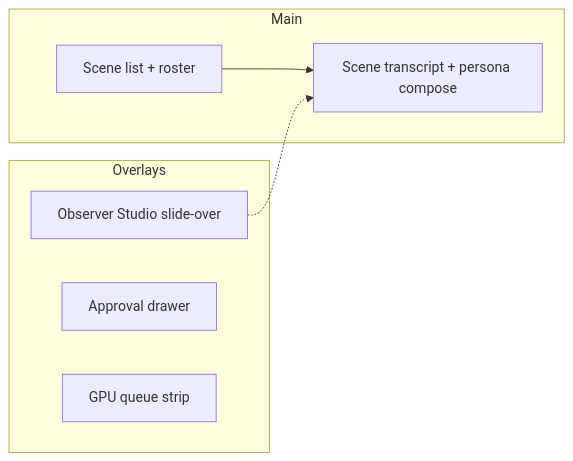
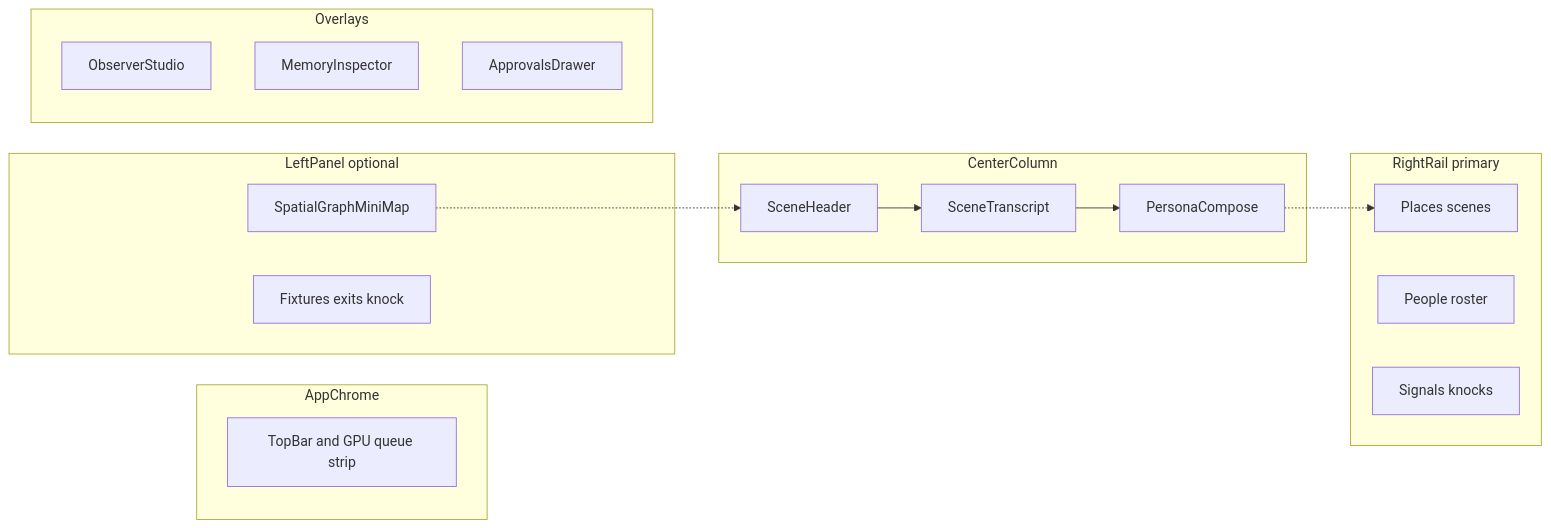
Before and after one commit to claywar/Altrasia: the first of 2 diagrams in docs/14-web-ui.md, drawn with Mermaid. The commit also changed other lines of this file and 8 other files, not shown here.

````diff
--- a/docs/14-web-ui.md
+++ b/docs/14-web-ui.md
@@ -15,14 +23,29 @@
 ```mermaid
 flowchart LR
-  subgraph main [Main]
-    Transcript[Scene transcript + persona compose]
-    Sidebar[Scene list + roster]
+  subgraph chrome [AppChrome]
+    TopBar["TopBar and GPU queue strip"]
+  end
+  subgraph leftOpt [LeftPanel optional]
+    MiniMap[SpatialGraphMiniMap]
+    SceneDetail["Fixtures exits knock"]
+  end
+  subgraph center [CenterColumn]
+    SceneHeader[SceneHeader]
+    Transcript[SceneTranscript]
+    Compose[PersonaCompose]
+  end
+  subgraph rightPrimary [RightRail primary]
+    Places["Places scenes"]
+    People["People roster"]
+    Signals["Signals knocks"]
   end
   subgraph overlays [Overlays]
-    Studio[Observer Studio slide-over]
-    Approvals[Approval drawer]
-    Queue[GPU queue strip]
+    Observer[ObserverStudio]
+    Memory[MemoryInspector]
+    Approvals[ApprovalsDrawer]
   end
-  Sidebar --> Transcript
-  Studio -.-> Transcript
+  MiniMap -.-> SceneHeader
+  SceneHeader --> Transcript
+  Transcript --> Compose
+  Compose -.-> Places
 ```
````
